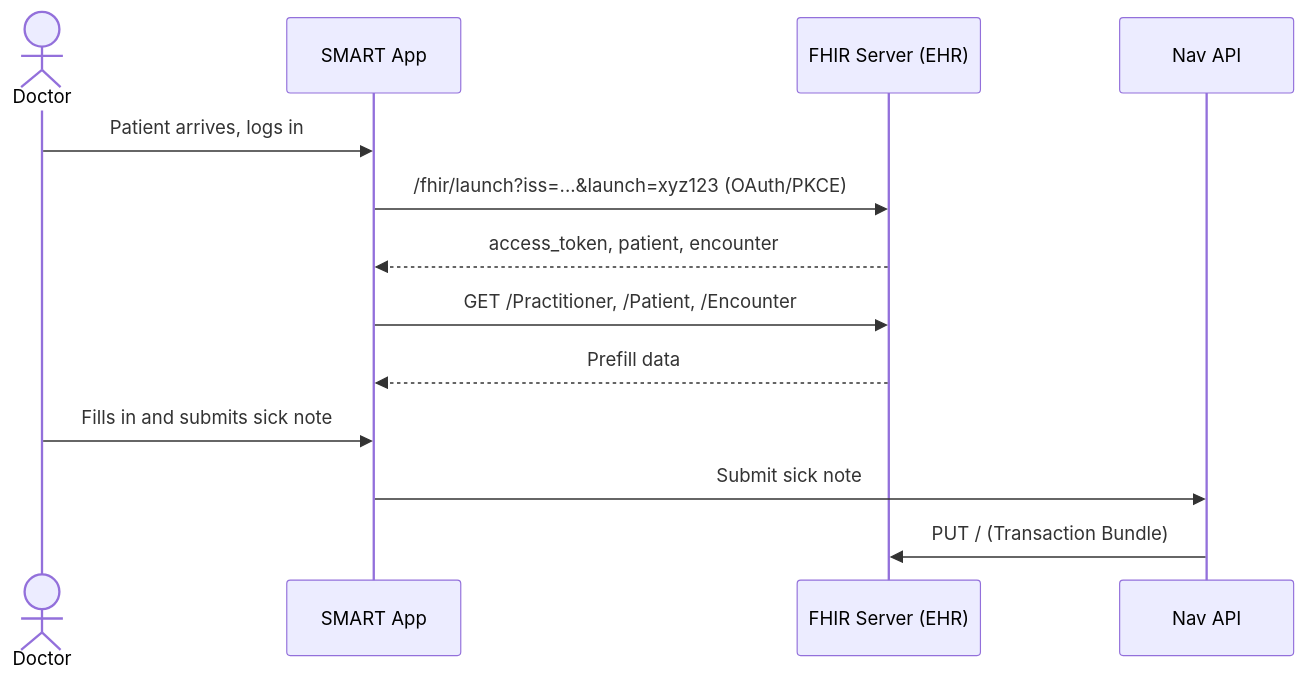
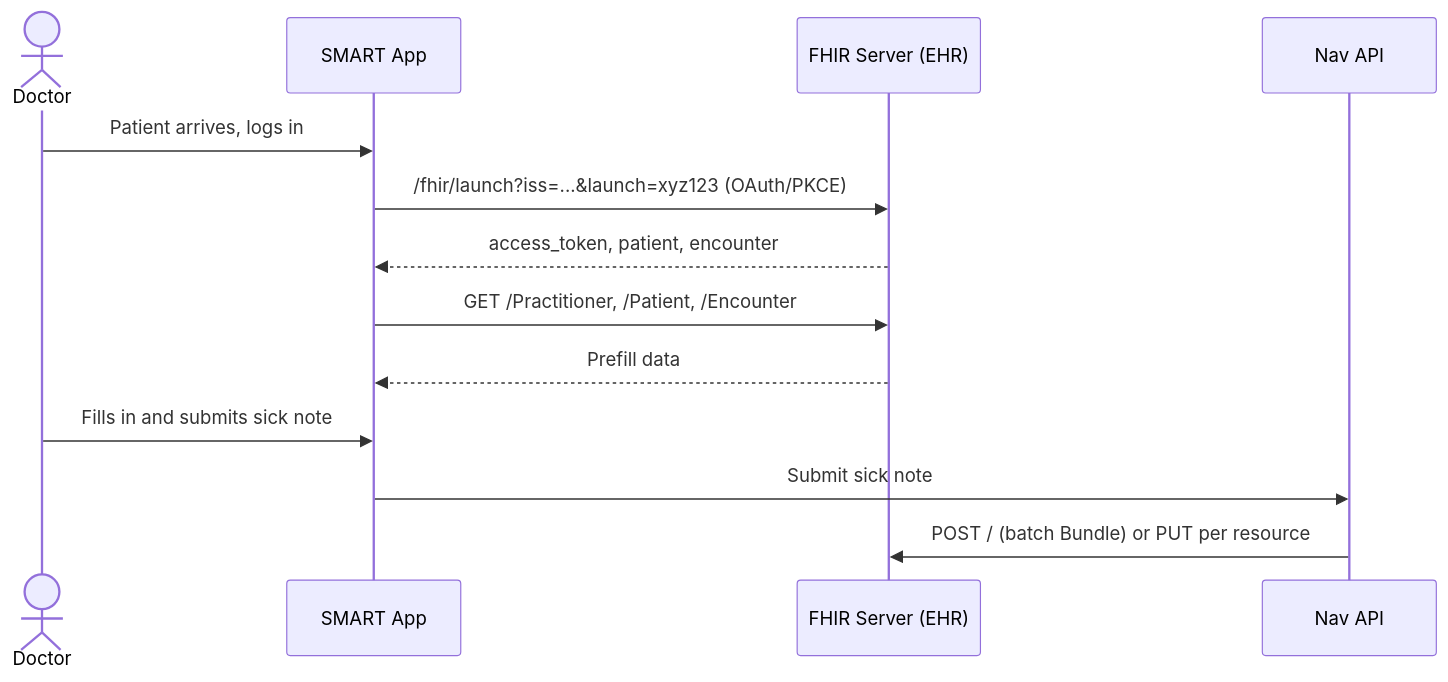
The first of 2 diagrams in docs/adr/ADR01 - FHIR resources for writing data back to EHR.md (navikt/syk-inn), drawn with Mermaid before and after one commit. The commit also changed other lines of this file and 5 other files, not shown here.

````diff
--- a/docs/adr/ADR01 - FHIR resources for writing data back to EHR.md
+++ b/docs/adr/ADR01 - FHIR resources for writing data back to EHR.md
@@ -31,15 +38,15 @@
 ```mermaid
 sequenceDiagram
     actor Doctor
     participant SMART as SMART App
     participant FHIR as FHIR Server (EHR)
     participant Nav as Nav API
     Doctor ->> SMART: Patient arrives, logs in
     SMART ->> FHIR: /fhir/launch?iss=...&launch=xyz123 (OAuth/PKCE)
     FHIR -->> SMART: access_token, patient, encounter
     SMART ->> FHIR: GET /Practitioner, /Patient, /Encounter
     FHIR -->> SMART: Prefill data
     Doctor ->> SMART: Fills in and submits sick note
     SMART ->> Nav: Submit sick note
-    Nav ->> FHIR: PUT / (Transaction Bundle)
+    Nav ->> FHIR: POST / (batch Bundle) or PUT per resource
 ```
````
